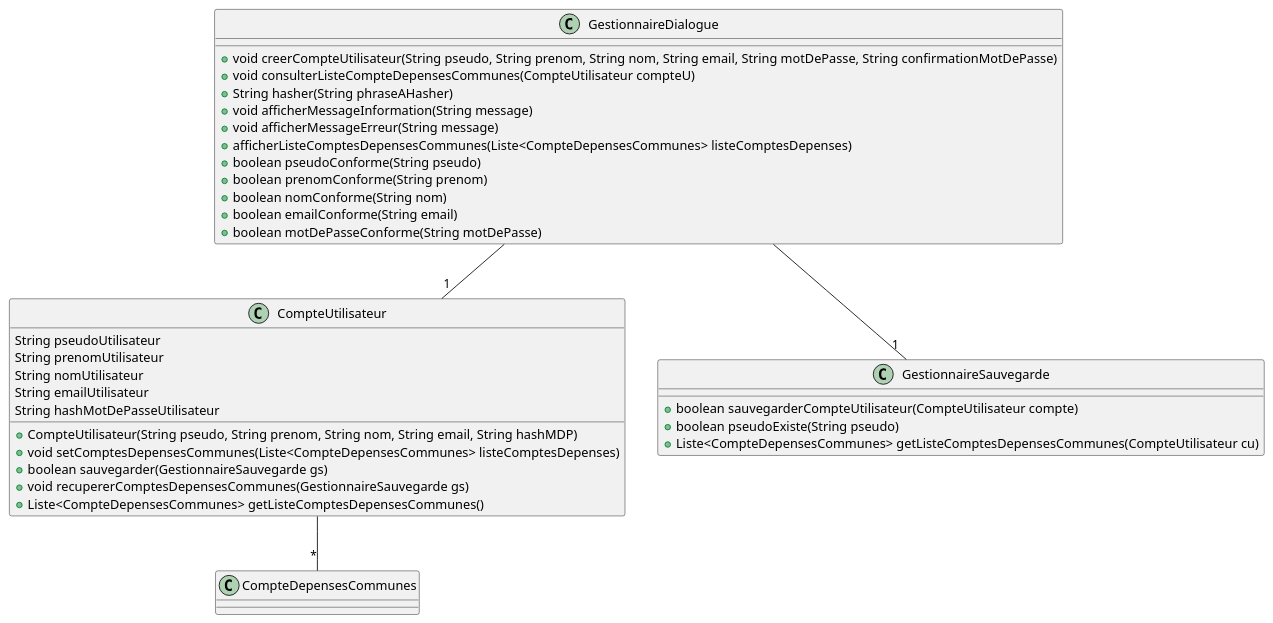
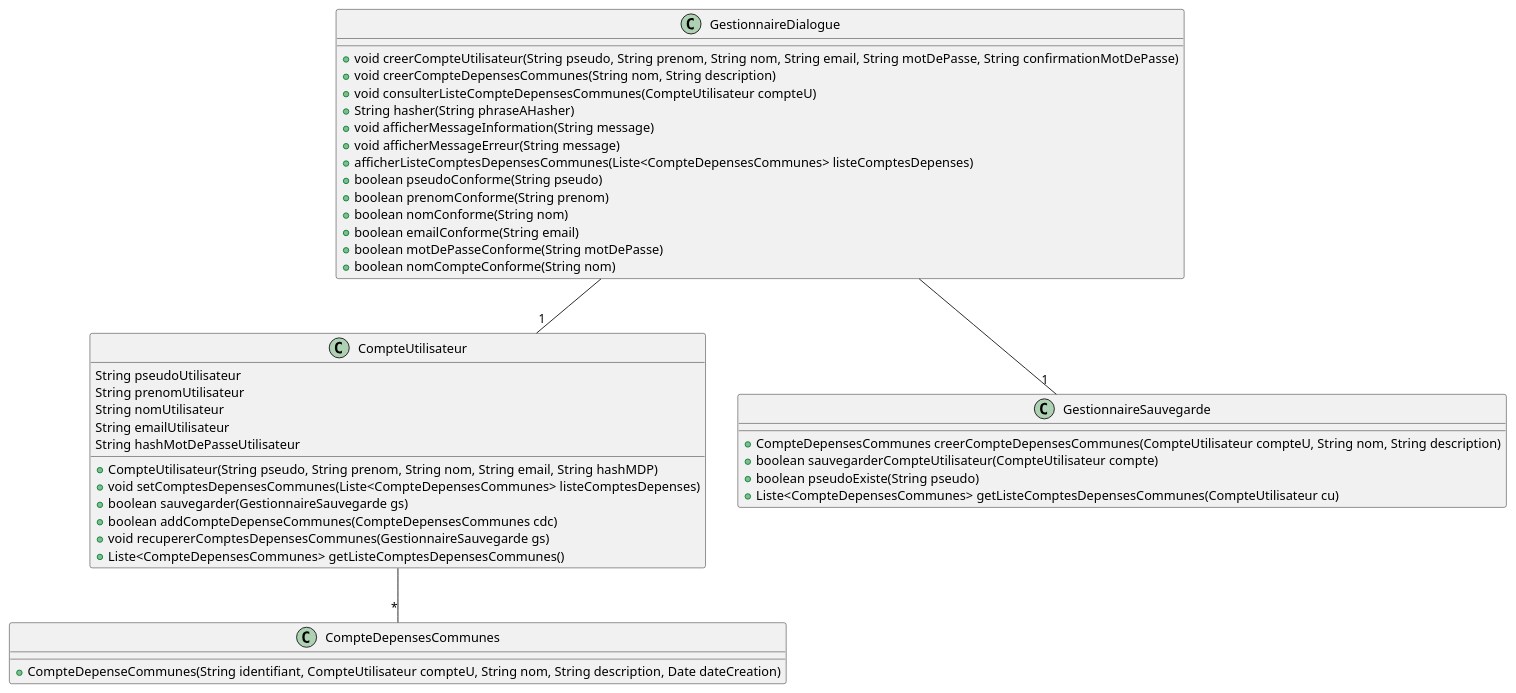
The diagram in diagrammes/conception/classes.puml (lmtb06/sharecount), drawn with PlantUML before and after one commit. The commit also changed 5 other files, not shown here.

Commit message:
-mise à jour diagramme de séquence de conception de creer-compte-depenses -mise à jour diagramme de séquence de specification de creer-compte-depenses

```diff
--- a/diagrammes/conception/classes.puml
+++ b/diagrammes/conception/classes.puml
@@ -1,42 +1,46 @@
 @startuml Classes
 
 	class GestionnaireDialogue {
 		+void creerCompteUtilisateur(String pseudo, String prenom, String nom, String email, String motDePasse, String confirmationMotDePasse)
+		+void creerCompteDepensesCommunes(String nom, String description)
 		+void consulterListeCompteDepensesCommunes(CompteUtilisateur compteU)
 		+String hasher(String phraseAHasher)
 		+void afficherMessageInformation(String message)
 		+void afficherMessageErreur(String message)
 		+afficherListeComptesDepensesCommunes(Liste<CompteDepensesCommunes> listeComptesDepenses)
 		+boolean pseudoConforme(String pseudo)
 		+boolean prenomConforme(String prenom)
 		+boolean nomConforme(String nom)
 		+boolean emailConforme(String email)
 		+boolean motDePasseConforme(String motDePasse)
+		+boolean nomCompteConforme(String nom)
 	}
 	GestionnaireDialogue --"1" CompteUtilisateur
 	GestionnaireDialogue --"1" GestionnaireSauvegarde
 
 	class GestionnaireSauvegarde {
+		+CompteDepensesCommunes creerCompteDepensesCommunes(CompteUtilisateur compteU, String nom, String description)
 		+boolean sauvegarderCompteUtilisateur(CompteUtilisateur compte)
 		+boolean pseudoExiste(String pseudo)
 		+Liste<CompteDepensesCommunes> getListeComptesDepensesCommunes(CompteUtilisateur cu)
 	}
 
 	class CompteUtilisateur {
 		String pseudoUtilisateur
 		String prenomUtilisateur
 		String nomUtilisateur
 		String emailUtilisateur
 		String hashMotDePasseUtilisateur
 		+CompteUtilisateur(String pseudo, String prenom, String nom, String email, String hashMDP)
 		+void setComptesDepensesCommunes(Liste<CompteDepensesCommunes> listeComptesDepenses)
 		+boolean sauvegarder(GestionnaireSauvegarde gs)
+		+boolean addCompteDepenseCommunes(CompteDepensesCommunes cdc)
 		+void recupererComptesDepensesCommunes(GestionnaireSauvegarde gs)
 		+Liste<CompteDepensesCommunes> getListeComptesDepensesCommunes()
 	}
 	CompteUtilisateur --"*" CompteDepensesCommunes
 	class CompteDepensesCommunes {
-
+		+CompteDepenseCommunes(String identifiant, CompteUtilisateur compteU, String nom, String description, Date dateCreation)
 	}
 
 @enduml
```
